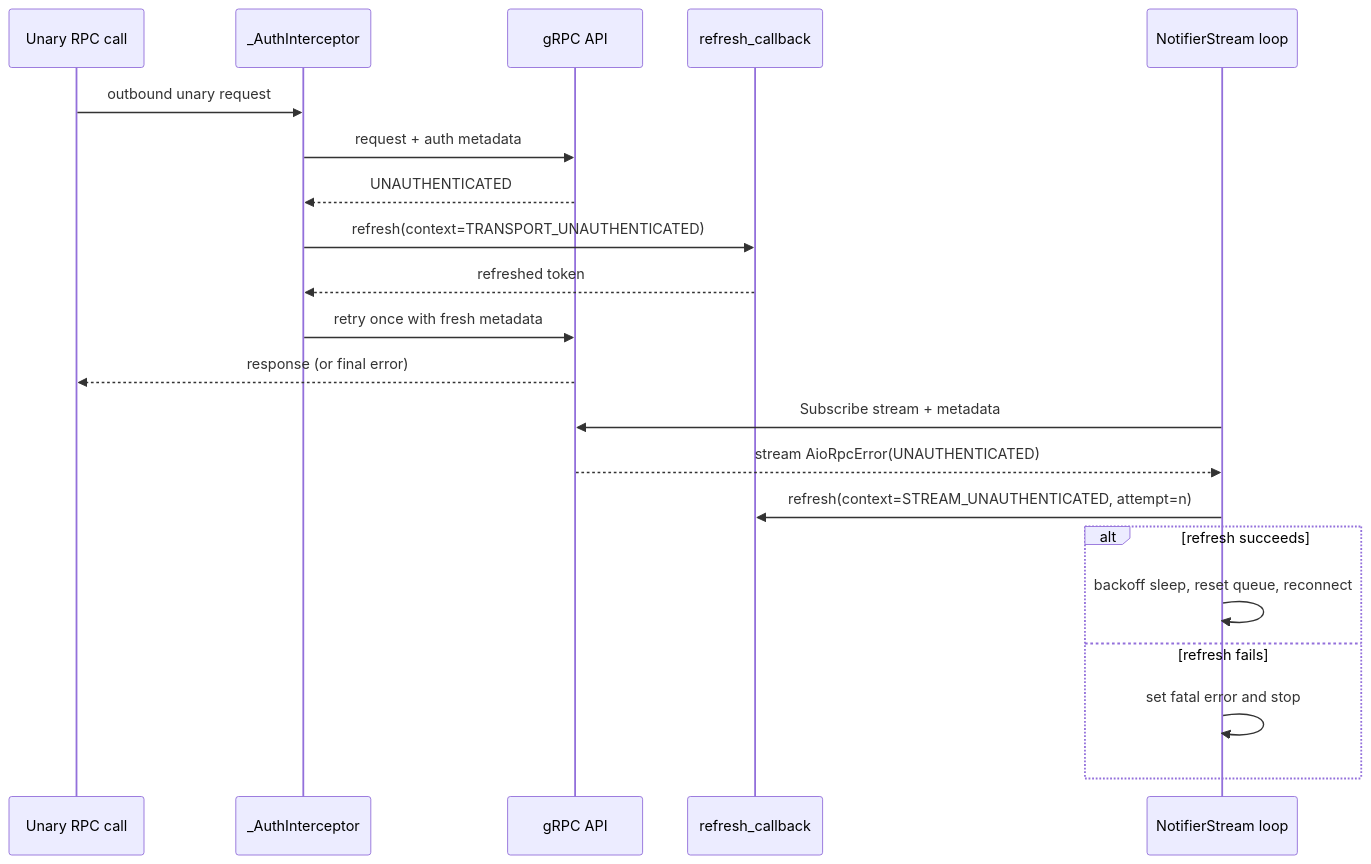
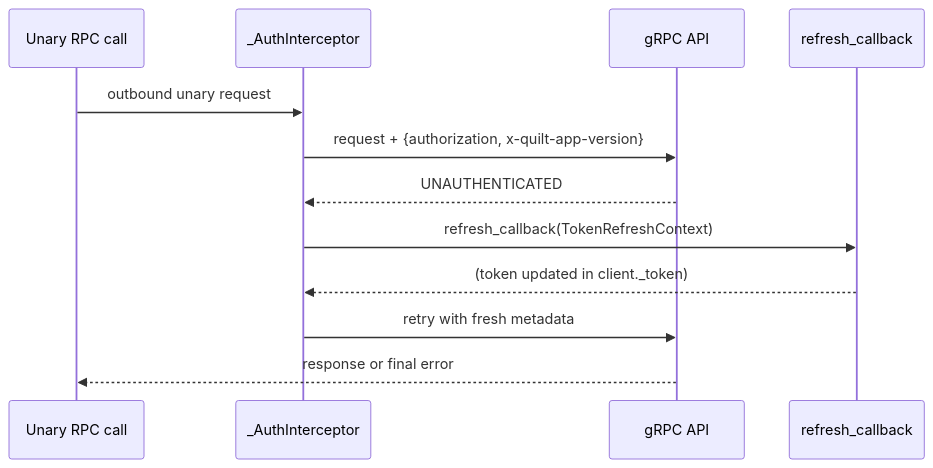
The second of 2 diagrams in docs/protocol/transport-auth.md (eman/quilt-hp-python), drawn with Mermaid before and after one commit. The commit also changed other lines of this file and 27 other files, not shown here.

````diff
--- a/docs/protocol/transport-auth.md
+++ b/docs/protocol/transport-auth.md
@@ -154,25 +170,15 @@
 ```mermaid
 sequenceDiagram
     participant U as Unary RPC call
     participant I as _AuthInterceptor
     participant API as gRPC API
     participant F as refresh_callback
-    participant N as NotifierStream loop
 
     U->>I: outbound unary request
-    I->>API: request + auth metadata
+    I->>API: request + {authorization, x-quilt-app-version}
     API-->>I: UNAUTHENTICATED
-    I->>F: refresh(context=TRANSPORT_UNAUTHENTICATED)
-    F-->>I: refreshed token
-    I->>API: retry once with fresh metadata
-    API-->>U: response (or final error)
-
-    N->>API: Subscribe stream + metadata
-    API-->>N: stream AioRpcError(UNAUTHENTICATED)
-    N->>F: refresh(context=STREAM_UNAUTHENTICATED, attempt=n)
-    alt refresh succeeds
-        N->>N: backoff sleep, reset queue, reconnect
-    else refresh fails
-        N->>N: set fatal error and stop
-    end
+    I->>F: refresh_callback(TokenRefreshContext)
+    F-->>I: (token updated in client._token)
+    I->>API: retry with fresh metadata
+    API-->>U: response or final error
 ```
````
